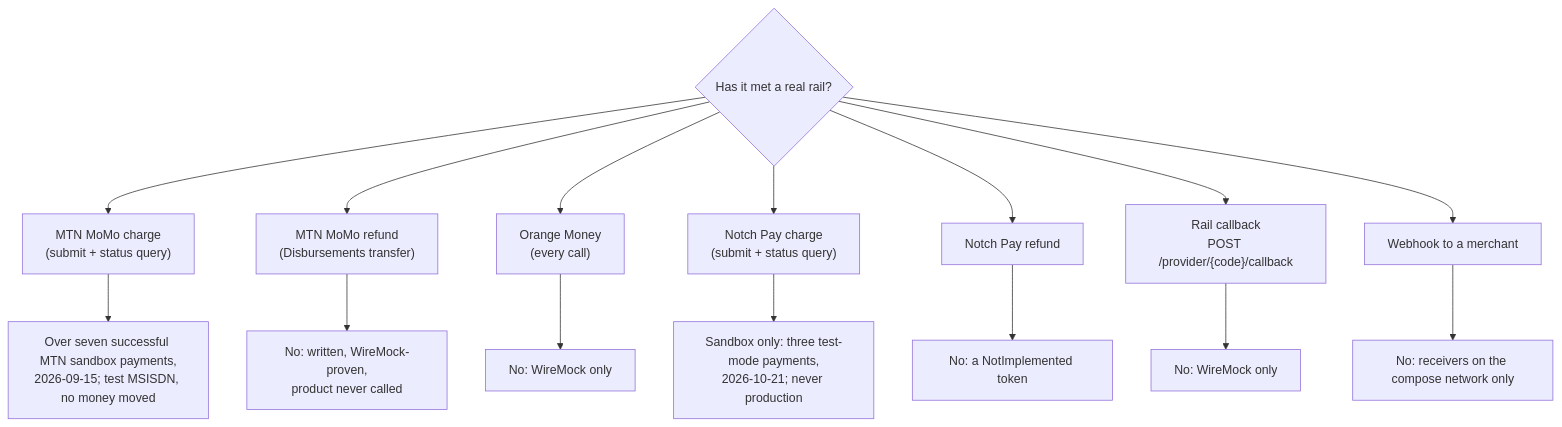
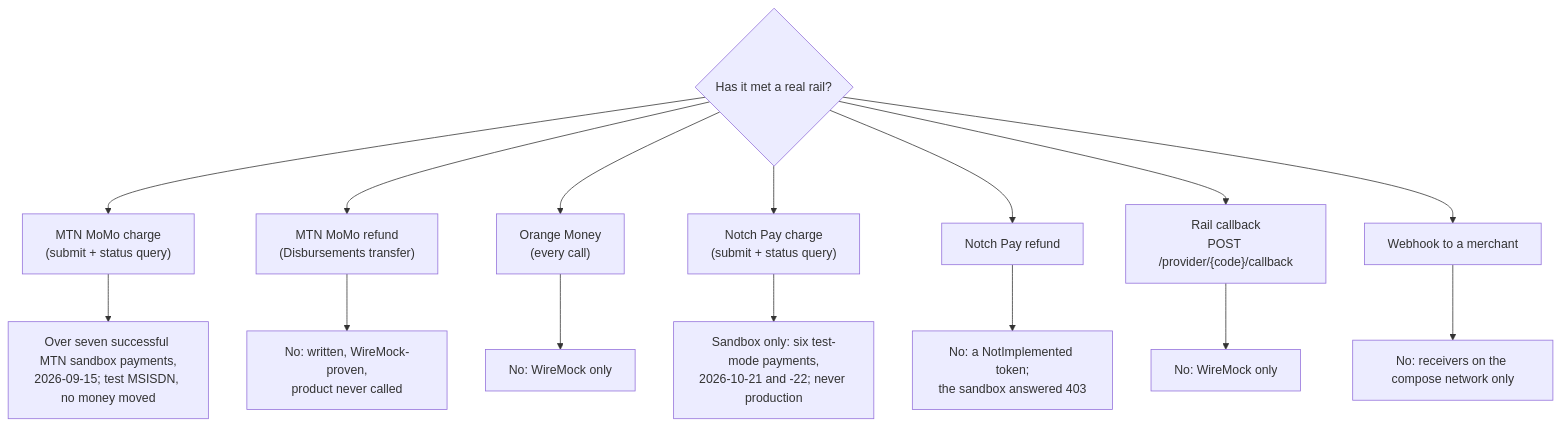
One commit to vaam-apps/vpay-docs changed the first of 2 diagrams in docs/guide/status.md. Above: the diagram before and after it, drawn with Mermaid. The commit also changed other lines of this file and 24 other files, not shown here.

````diff
--- a/docs/guide/status.md
+++ b/docs/guide/status.md
@@ -87,18 +111,18 @@
 ```mermaid
 flowchart TD
     Q{"Has it met a real rail?"}
     Q --> A["MTN MoMo charge<br/>(submit + status query)"]
     Q --> B["MTN MoMo refund<br/>(Disbursements transfer)"]
     Q --> C["Orange Money<br/>(every call)"]
     Q --> N["Notch Pay charge<br/>(submit + status query)"]
     Q --> NR["Notch Pay refund"]
     Q --> D["Rail callback<br/>POST /provider/{code}/callback"]
     Q --> E["Webhook to a merchant"]
     A --> A1["Over seven successful MTN sandbox payments,<br/>2026-09-15; test MSISDN, no money moved"]
     B --> B1["No: written, WireMock-proven,<br/>product never called"]
     C --> C1["No: WireMock only"]
-    N --> N1["Sandbox only: three test-mode payments,<br/>2026-10-21; never production"]
-    NR --> NR1["No: a NotImplemented token"]
+    N --> N1["Sandbox only: six test-mode payments,<br/>2026-10-21 and -22; never production"]
+    NR --> NR1["No: a NotImplemented token;<br/>the sandbox answered 403"]
     D --> D1["No: WireMock only"]
     E --> E1["No: receivers on the compose network only"]
 ```
````
